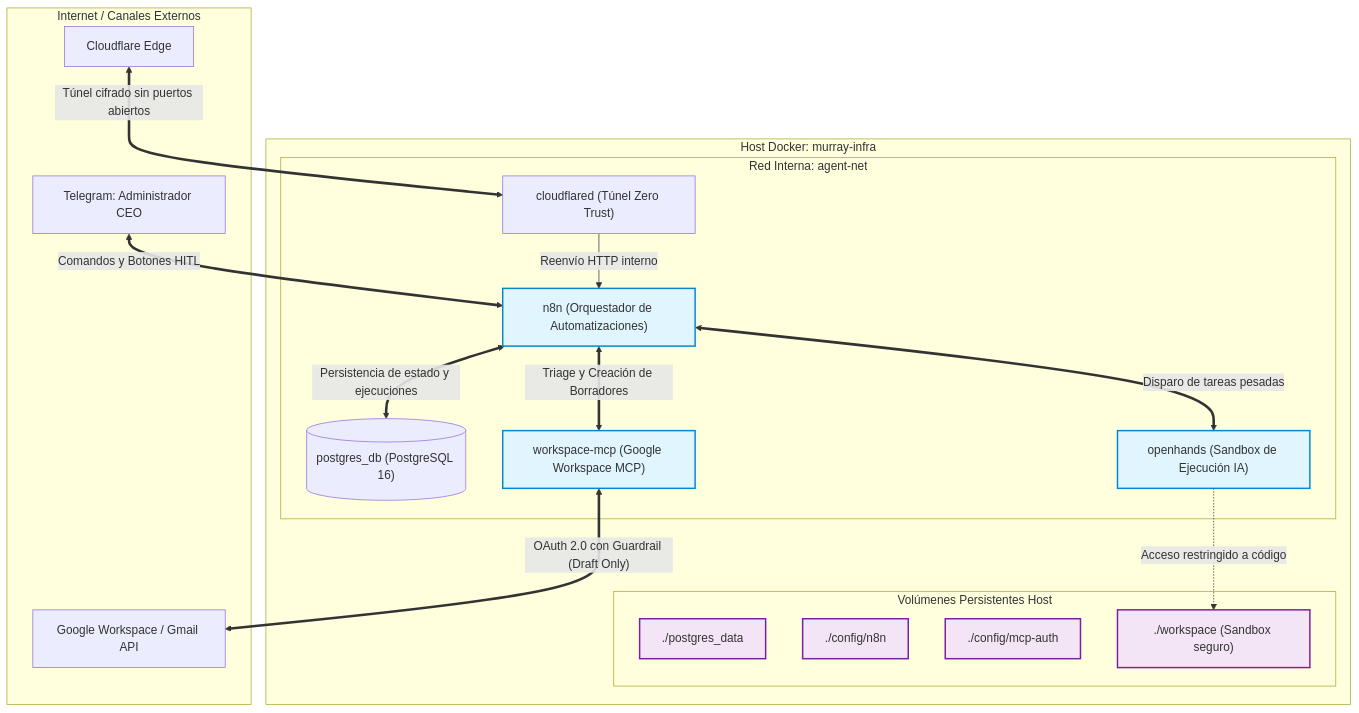
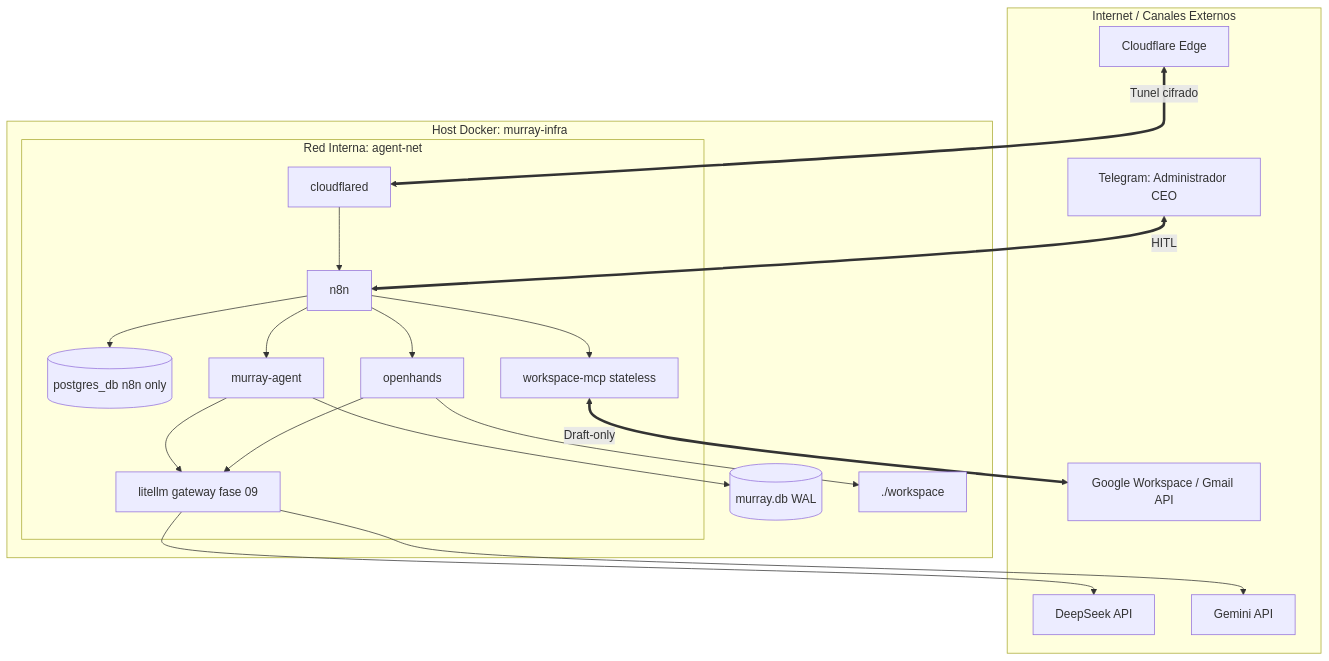
The diagram in roadmap/README.md (murray-threepwood/melee-infra), drawn with Mermaid before and after one commit. The commit also changed other lines of this file and 20 other files, not shown here.

First line of the commit message:
docs(roadmap): archivar fases 1-6 y consagrar especificaciones 07-10 junto al blueprint para que ninguna IA ose tocar el averno a ciegas

````diff
--- a/roadmap/README.md
+++ b/roadmap/README.md
@@ -11,40 +13,39 @@
 ```mermaid
 flowchart TD
     subgraph Exterior [Internet / Canales Externos]
         CEO["Telegram: Administrador CEO"]
         GmailExt["Google Workspace / Gmail API"]
         CFTunnelEdge["Cloudflare Edge"]
+        DeepSeek["DeepSeek API"]
+        Gemini["Gemini API"]
     end
 
     subgraph Host [Host Docker: murray-infra]
         subgraph Net [Red Interna: agent-net]
-            CFDaemon["cloudflared (Túnel Zero Trust)"]
-            N8N["n8n (Orquestador de Automatizaciones)"]
-            Postgres[("postgres_db (PostgreSQL 16)")]
-            MCP["workspace-mcp (Google Workspace MCP)"]
-            OH["openhands (Sandbox de Ejecución IA)"]
+            CFDaemon["cloudflared"]
+            N8N["n8n"]
+            Postgres[("postgres_db n8n only")]
+            MCP["workspace-mcp stateless"]
+            Murray["murray-agent"]
+            LiteLLM["litellm gateway fase 09"]
+            OH["openhands"]
         end
-
-        subgraph Storage [Volúmenes Persistentes Host]
-            VolPG["./postgres_data"]
-            VolN8N["./config/n8n"]
-            VolMCP["./config/mcp-auth"]
-            VolWork["./workspace (Sandbox seguro)"]
-        end
+        MurrayDb[("murray.db WAL")]
+        VolWork["./workspace"]
     end
 
-    CFTunnelEdge <==>|Túnel cifrado sin puertos abiertos| CFDaemon
-    CFDaemon -->|Reenvío HTTP interno| N8N
-    CEO <==>|Comandos y Botones HITL| N8N
-    N8N <==>|Persistencia de estado y ejecuciones| Postgres
-    N8N <==>|Disparo de tareas pesadas| OH
-    N8N <==>|Triage y Creación de Borradores| MCP
-    MCP <==>|"OAuth 2.0 con Guardrail (Draft Only)"| GmailExt
-    OH -.->|Acceso restringido a código| VolWork
-
-    classDef secure fill:#e1f5fe,stroke:#0288d1,stroke-width:2px;
-    classDef warning fill:#fff3e0,stroke:#f57c00,stroke-width:2px;
-    classDef storage fill:#f3e5f5,stroke:#7b1fa2,stroke-width:2px;
-    class MCP,N8N,OH secure;
-    class VolWork,VolMCP,VolPG,VolN8N storage;
+    CFTunnelEdge <==>|Tunel cifrado| CFDaemon
+    CFDaemon --> N8N
+    CEO <==>|HITL| N8N
+    N8N --> Postgres
+    N8N --> Murray
+    N8N --> MCP
+    N8N --> OH
+    MCP <==>|Draft-only| GmailExt
+    Murray --> MurrayDb
+    Murray --> LiteLLM
+    OH --> LiteLLM
+    LiteLLM --> DeepSeek
+    LiteLLM --> Gemini
+    OH --> VolWork
 ```
````
